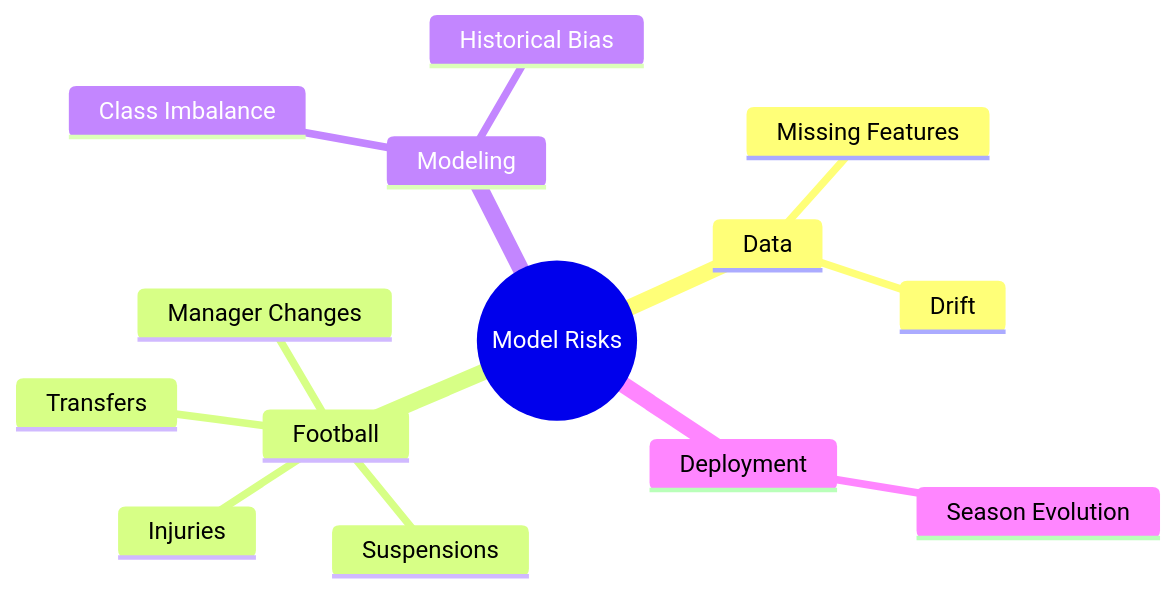
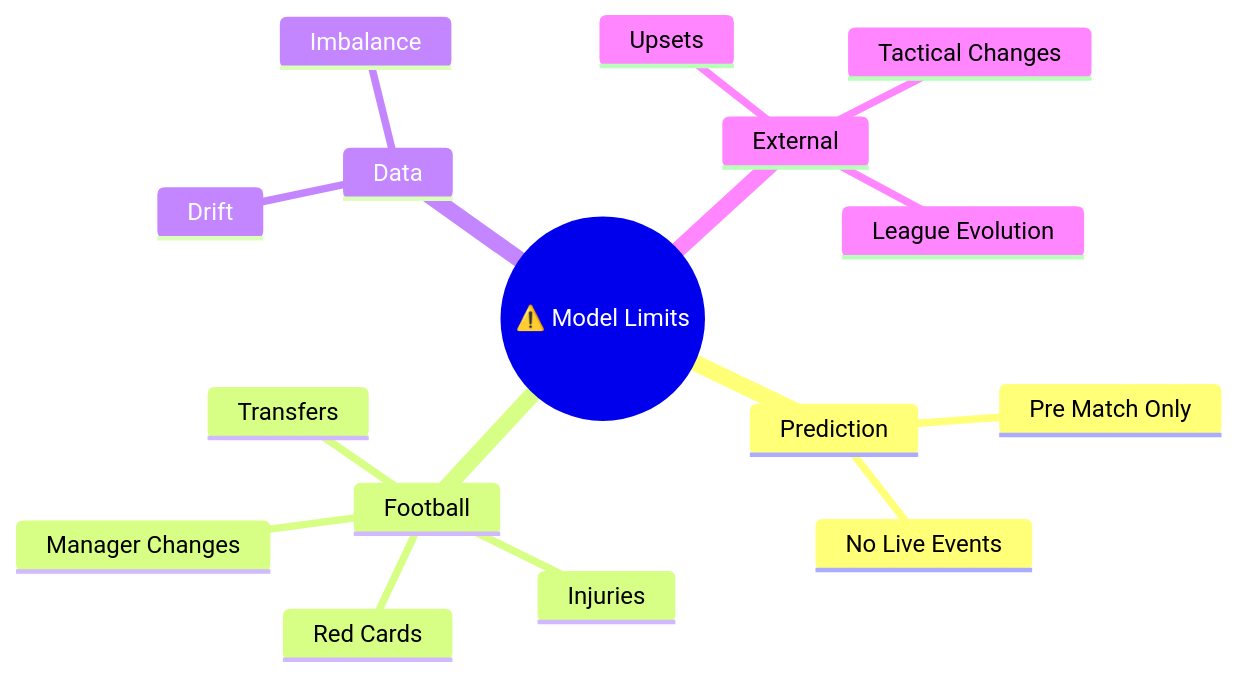
One commit to sai-ganesh-4539/StatVault changed the tenth of 11 diagrams in Match_Prediction_Intelligence.md. Above: the diagram before and after it, drawn with Mermaid. The commit also changed other lines of this file, not shown here.

````diff
--- a/Match_Prediction_Intelligence.md
+++ b/Match_Prediction_Intelligence.md
@@ -346,21 +389,23 @@
 ```mermaid
 mindmap
-  root((Model Risks))
+  root((⚠️ Model Limits))
 
-    Data
-      Missing Features
-      Drift
+    Prediction
+      Pre Match Only
+      No Live Events
 
     Football
       Injuries
       Transfers
-      Suspensions
       Manager Changes
+      Red Cards
 
-    Modeling
-      Class Imbalance
-      Historical Bias
+    Data
+      Drift
+      Imbalance
 
-    Deployment
-      Season Evolution
+    External
+      League Evolution
+      Tactical Changes
+      Upsets
 ```
````
